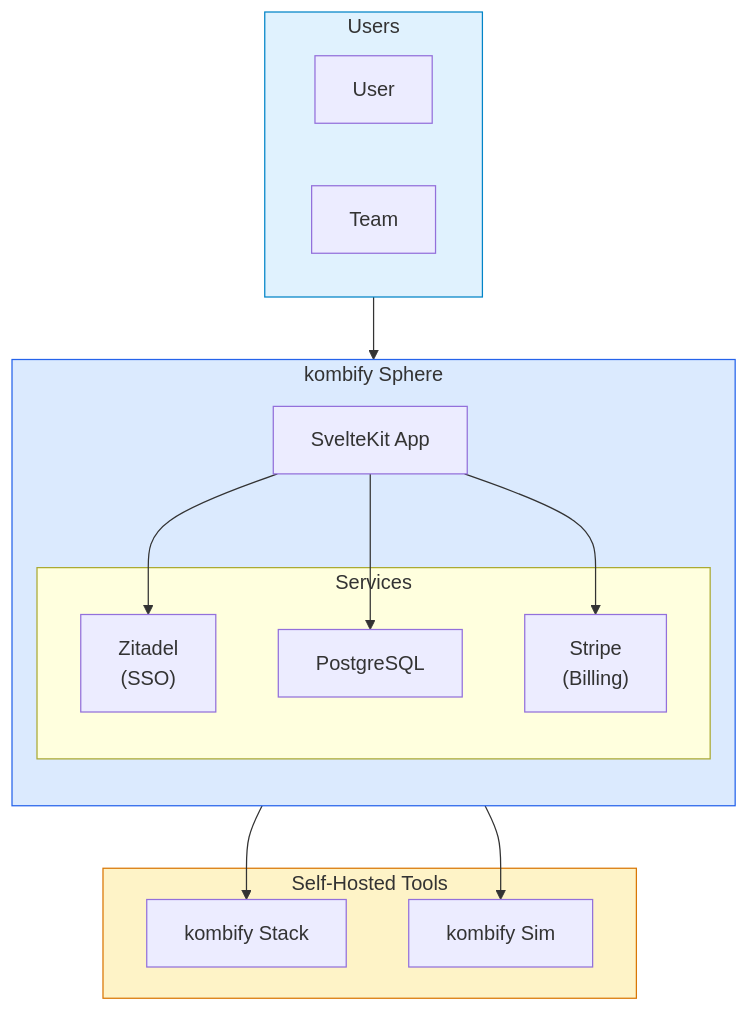
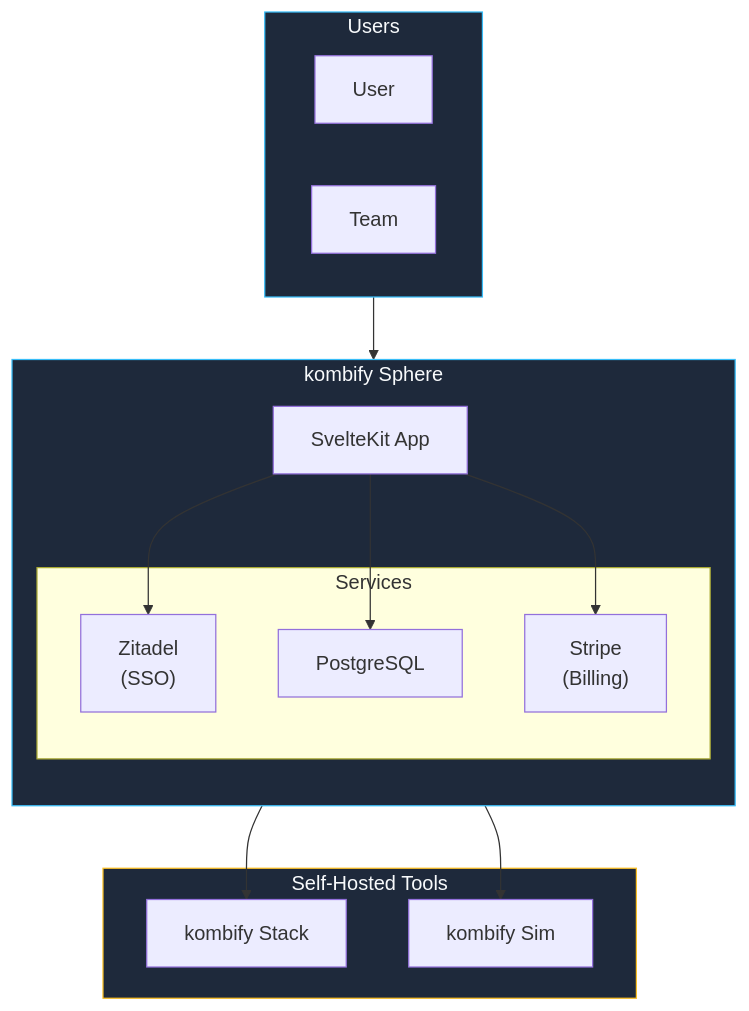
Before and after one commit to KombiverseLabs/docs: the fifth of 9 diagrams in concepts/architecture.mdx, drawn with Mermaid. The commit also changed other lines of this file and 33 other files, not shown here.

````diff
--- a/concepts/architecture.mdx
+++ b/concepts/architecture.mdx
@@ -216,32 +214,32 @@
 ```mermaid
 graph TB
     subgraph Users
         User1["User"]
         User2["Team"]
     end
 
     subgraph Sphere["kombify Sphere"]
         direction TB
         Frontend["SvelteKit App"]
         
         subgraph Services
             Auth["Zitadel<br/>(SSO)"]
             DB["PostgreSQL"]
             Pay["Stripe<br/>(Billing)"]
         end
         
         Frontend --> Auth & DB & Pay
     end
 
     subgraph Tools["Self-Hosted Tools"]
         Stack["kombify Stack"]
         Sim["kombify Sim"]
     end
 
     Users --> Frontend
     Auth --> Stack & Sim
 
-    style Users fill:#e0f2fe,stroke:#0284c7
-    style Sphere fill:#dbeafe,stroke:#2563eb
-    style Tools fill:#fef3c7,stroke:#d97706
+    style Users fill:#1e293b,stroke:#38bdf8,color:#f8fafc
+    style Sphere fill:#1e293b,stroke:#38bdf8,color:#f8fafc
+    style Tools fill:#1e293b,stroke:#fbbf24,color:#f8fafc
 ```
````
